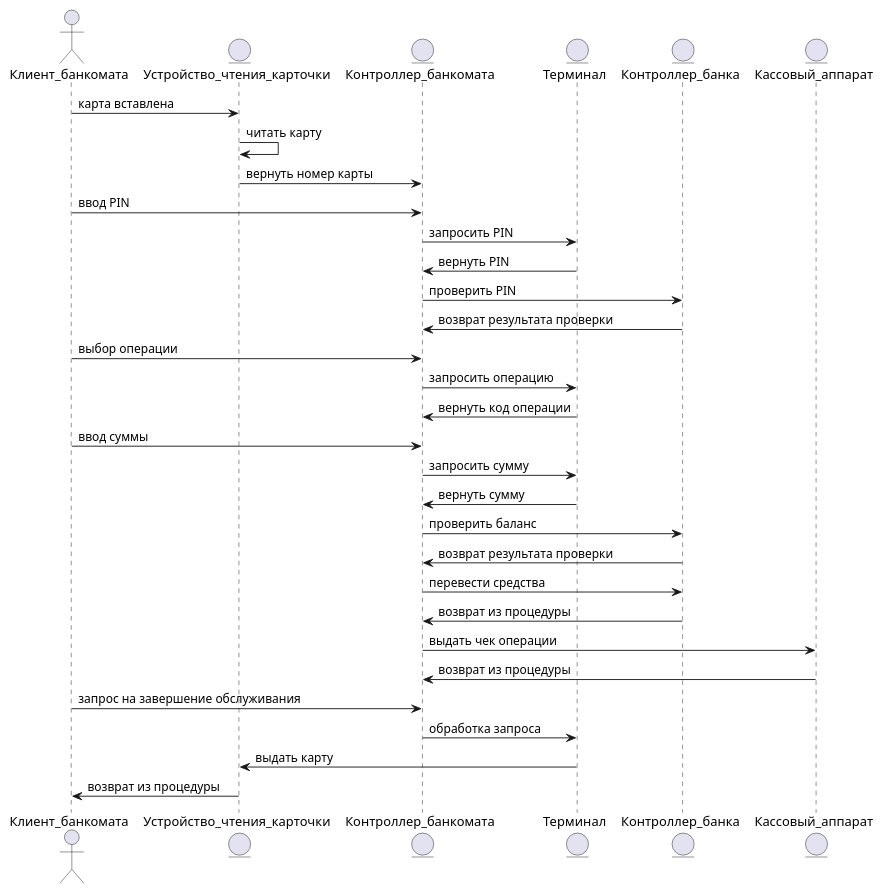
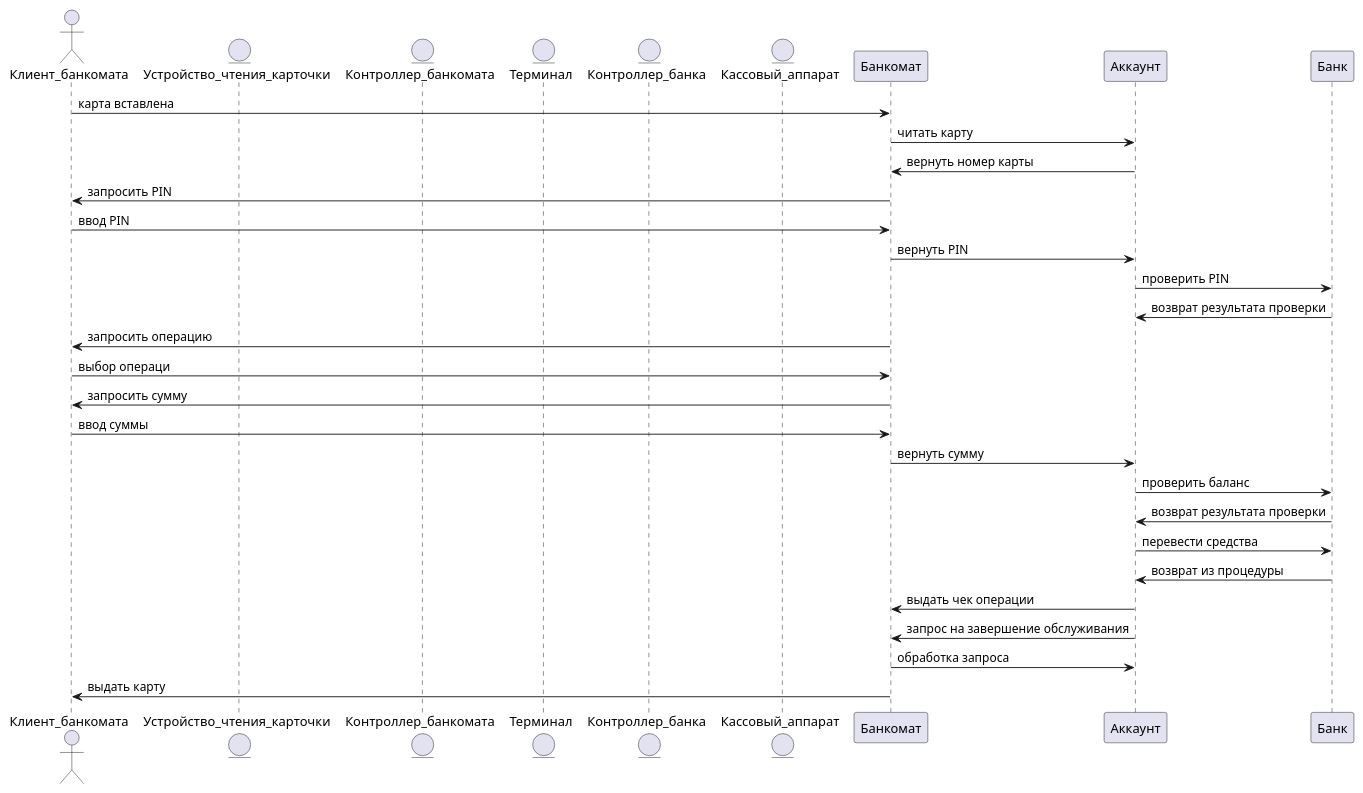
One commit to penamarth/bsbo-03-22_team5_var1 changed the diagram in Перевод средств/Перевод средств.md. Above: the diagram before and after it, drawn with PlantUML. The commit also changed other lines of this file, not shown here.

Commit message:
Update Перевод средств.md

````diff
--- a/Перевод средств/Перевод средств.md
+++ b/Перевод средств/Перевод средств.md
@@ -57,39 +55,32 @@
 ```plantuml
 @startuml
 actor Клиент_банкомата
 entity Устройство_чтения_карточки
 entity Контроллер_банкомата
 entity Терминал
 entity Контроллер_банка
 entity Кассовый_аппарат
 
-Клиент_банкомата -> Устройство_чтения_карточки : карта вставлена
-Устройство_чтения_карточки -> Устройство_чтения_карточки : читать карту
-Устройство_чтения_карточки -> Контроллер_банкомата : вернуть номер карты
-
-Клиент_банкомата -> Контроллер_банкомата : ввод PIN
-Контроллер_банкомата -> Терминал : запросить PIN
-Терминал -> Контроллер_банкомата : вернуть PIN
-Контроллер_банкомата -> Контроллер_банка : проверить PIN
-Контроллер_банка -> Контроллер_банкомата : возврат результата проверки
-
-Клиент_банкомата -> Контроллер_банкомата : выбор операции
-Контроллер_банкомата -> Терминал : запросить операцию
-Терминал -> Контроллер_банкомата : вернуть код операции
-
-Клиент_банкомата -> Контроллер_банкомата : ввод суммы
-Контроллер_банкомата -> Терминал : запросить сумму
-Терминал -> Контроллер_банкомата : вернуть сумму
-Контроллер_банкомата -> Контроллер_банка : проверить баланс
-Контроллер_банка -> Контроллер_банкомата : возврат результата проверки
-Контроллер_банкомата -> Контроллер_банка : перевести средства
-Контроллер_банка -> Контроллер_банкомата : возврат из процедуры
-Контроллер_банкомата -> Кассовый_аппарат : выдать чек операции
-Кассовый_аппарат -> Контроллер_банкомата : возврат из процедуры
-
-Клиент_банкомата -> Контроллер_банкомата : запрос на завершение обслуживания
-Контроллер_банкомата -> Терминал : обработка запроса
-Терминал -> Устройство_чтения_карточки : выдать карту
-Устройство_чтения_карточки -> Клиент_банкомата : возврат из процедуры
+Клиент_банкомата -> Банкомат : карта вставлена
+Банкомат -> Аккаунт : читать карту
+Аккаунт -> Банкомат : вернуть номер карты
+Банкомат -> Клиент_банкомата : запросить PIN
+Клиент_банкомата -> Банкомат : ввод PIN
+Банкомат -> Аккаунт : вернуть PIN
+Аккаунт -> Банк : проверить PIN
+Банк -> Аккаунт : возврат результата проверки
+Банкомат -> Клиент_банкомата : запросить операцию
+Клиент_банкомата -> Банкомат : выбор операци
+Банкомат -> Клиент_банкомата : запросить сумму
+Клиент_банкомата -> Банкомат : ввод суммы
+Банкомат -> Аккаунт : вернуть сумму
+Аккаунт -> Банк : проверить баланс
+Банк -> Аккаунт : возврат результата проверки
+Аккаунт -> Банк : перевести средства
+Банк -> Аккаунт : возврат из процедуры
+Аккаунт -> Банкомат : выдать чек операции
+Аккаунт -> Банкомат : запрос на завершение обслуживания
+Банкомат -> Аккаунт : обработка запроса
+Банкомат -> Клиент_банкомата : выдать карту
 @enduml
 ```
````
